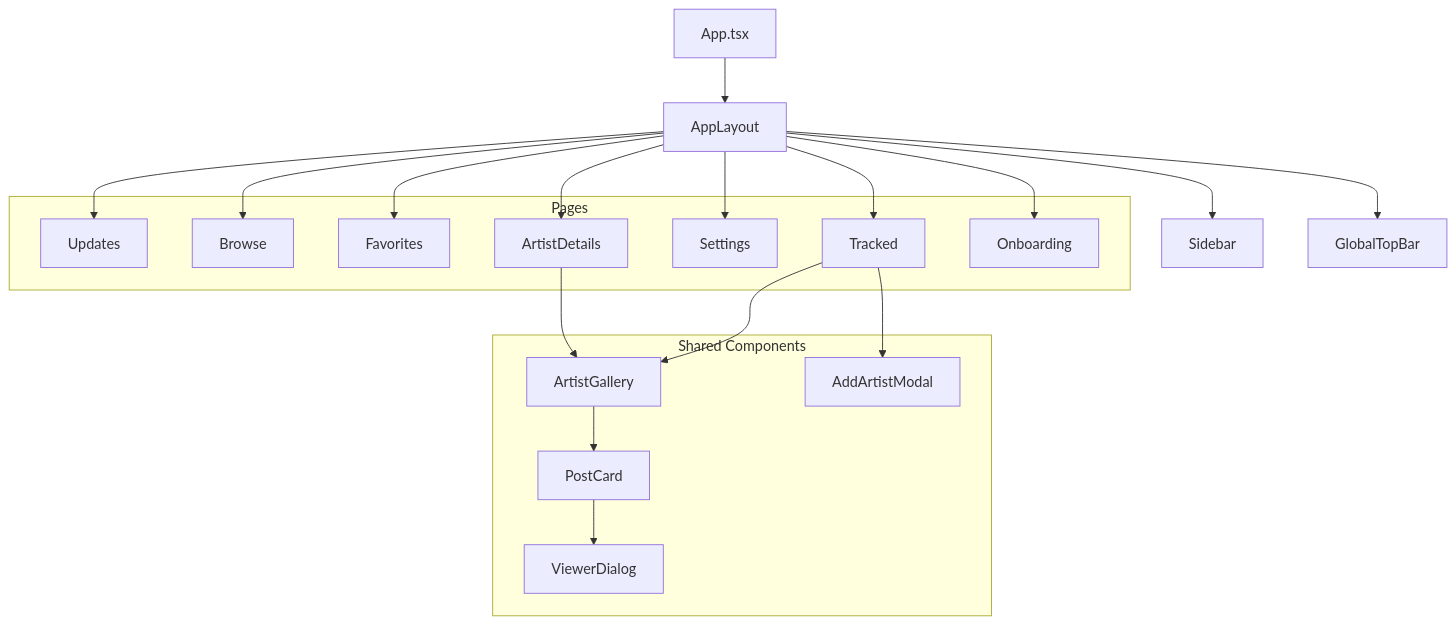
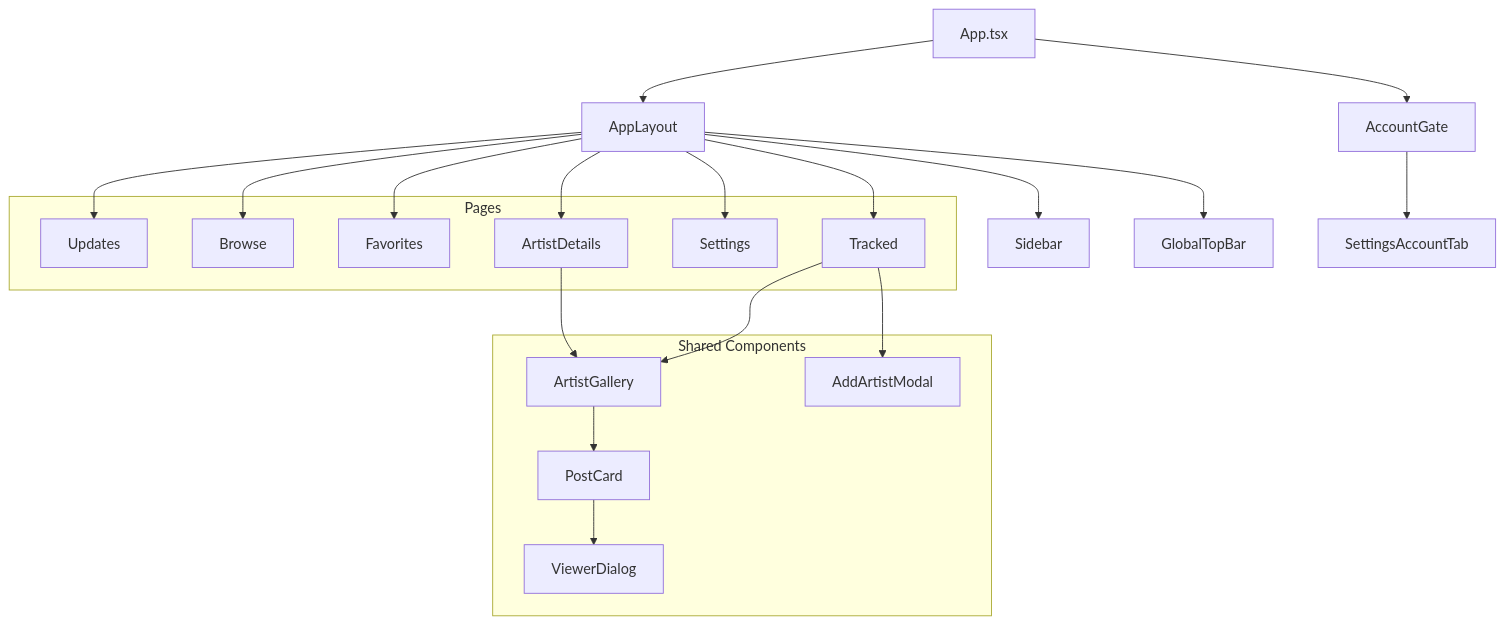
The tenth of 11 diagrams in docs/architecture.md (KazeKaze93/RuleDesk), drawn with Mermaid before and after one commit. The commit also changed other lines of this file and 2 other files, not shown here.

Commit message:
chore: remove dead Onboarding component and sync docs

````diff
--- a/docs/architecture.md
+++ b/docs/architecture.md
@@ -1281,42 +1280,43 @@
 ```mermaid
 graph TD
     App[App.tsx]
     AppLayout[AppLayout]
     Sidebar[Sidebar]
     GlobalTopBar[GlobalTopBar]
 
     App --> AppLayout
     AppLayout --> Sidebar
     AppLayout --> GlobalTopBar
 
     subgraph "Pages"
         Updates[Updates]
         Browse[Browse]
         Favorites[Favorites]
         Tracked[Tracked]
         Settings[Settings]
         ArtistDetails[ArtistDetails]
-        Onboarding[Onboarding]
     end
+
+    App --> AccountGate[AccountGate]
+    AccountGate --> SettingsAccountTab[SettingsAccountTab]
 
     AppLayout --> Updates
     AppLayout --> Browse
     AppLayout --> Favorites
     AppLayout --> Tracked
     AppLayout --> Settings
     AppLayout --> ArtistDetails
-    AppLayout --> Onboarding
 
     subgraph "Shared Components"
         ArtistGallery[ArtistGallery]
         PostCard[PostCard]
         ViewerDialog[ViewerDialog]
         AddArtistModal[AddArtistModal]
     end
 
     Tracked --> ArtistGallery
     ArtistDetails --> ArtistGallery
     ArtistGallery --> PostCard
     PostCard --> ViewerDialog
     Tracked --> AddArtistModal
 ```
````
